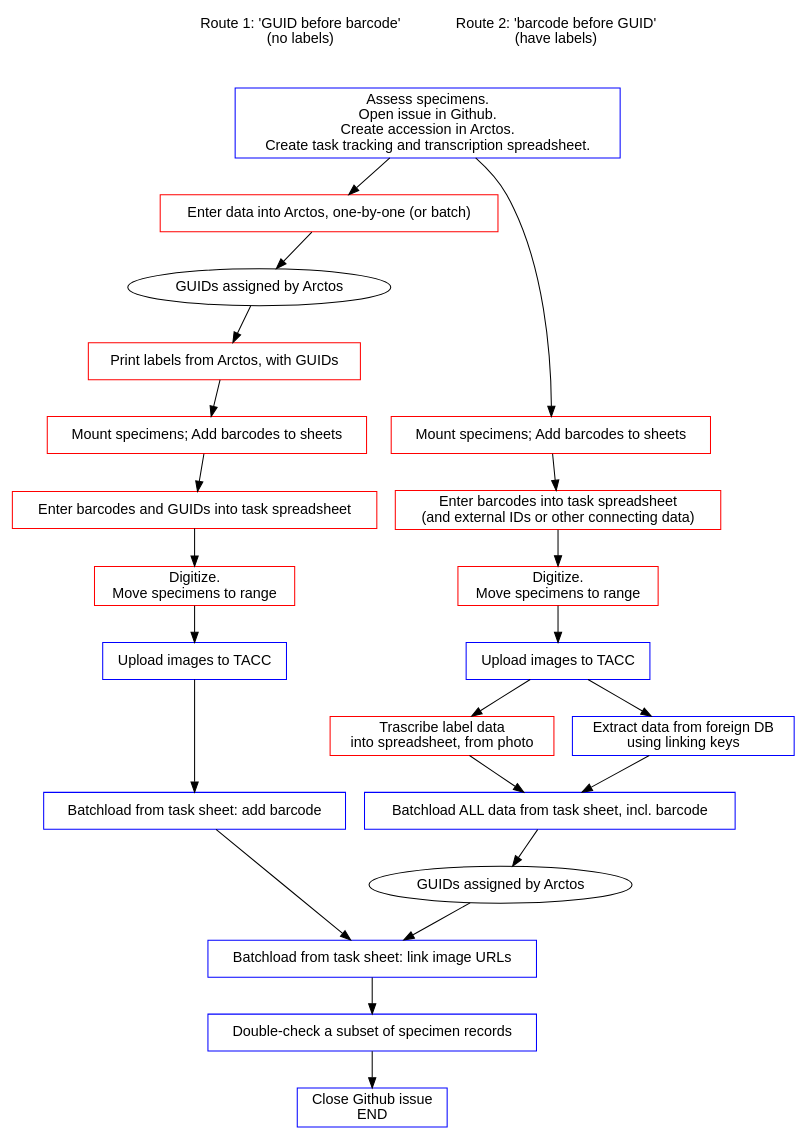
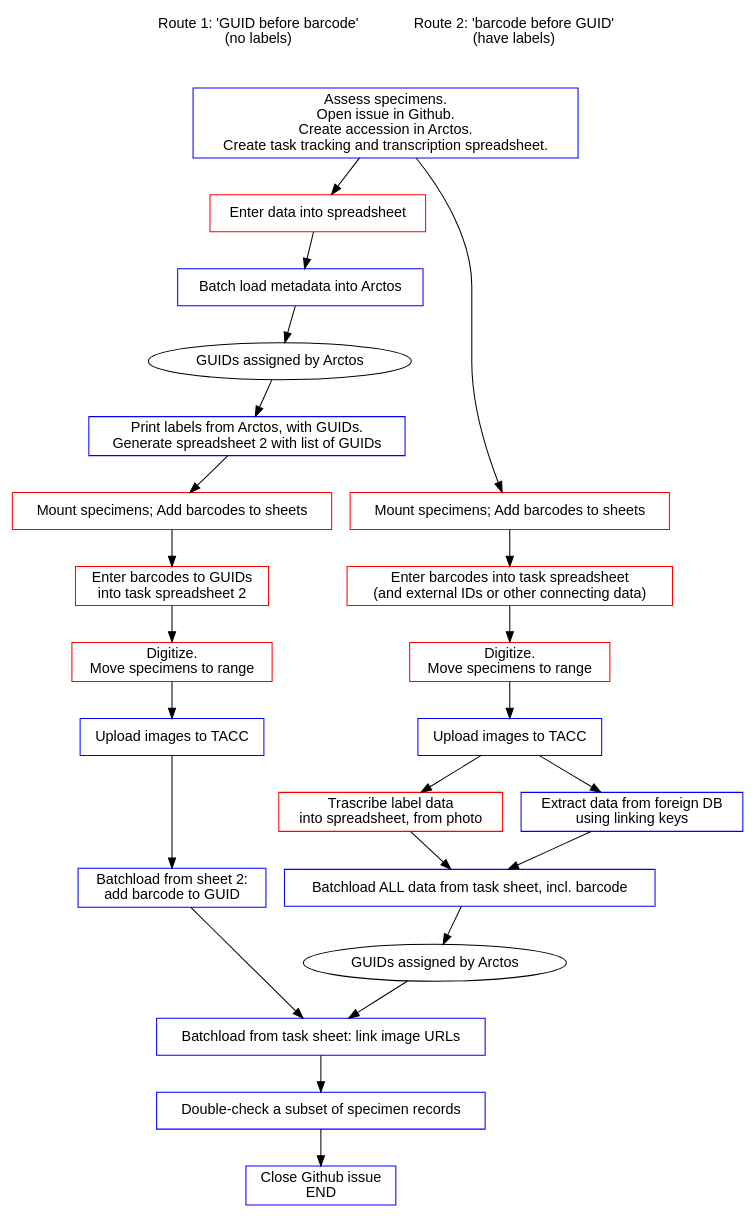
Before and after one commit to ALA-herbarium/documentation: the diagram in img/flow.dot, drawn with Graphviz. The commit also changed 1 other file, not shown here.

Commit message:
changes to flow sheet

```diff
--- a/img/flow.dot
+++ b/img/flow.dot
@@ -1,171 +1,174 @@
 digraph flow {
     node [fontname="Helvetica",shape=box];
     edge [fontname="Courier", len=1.5];
     overlap=false;
     //rankdir=BT;
     newrank=true;
     ranksep=0.5
     //
     // NODES
     //
     subgraph labels {
         rank=same
         r1 [label="Route 1: 'GUID before barcode'\n(no labels)",
             shape=plaintext]
         r2 [label="Route 2: 'barcode before GUID'\n(have labels)",
             shape=plaintext]
     }
-    entry [label="Enter data into Arctos, one-by-one (or batch)",
+    entry [label="Enter data into spreadsheet",
            color=red]
+    entry2 [label="Batch load metadata into Arctos",
+           color=blue]
     guid1 [label="GUIDs assigned by Arctos",shape=oval]
-    print [label="Print labels from Arctos, with GUIDs",
-           color=red]
+    print [label="Print labels from Arctos, with GUIDs.\nGenerate spreadsheet 2 with list of GUIDs",
+           color=blue]
     guid2 [label="GUIDs assigned by Arctos",shape=oval]
     accn [label="Assess specimens.\nOpen issue in Github.\nCreate accession in Arctos.\nCreate task tracking and transcription spreadsheet.",color=blue]
     //
     subgraph upload {
         rank=same
         upload1 [label="Upload images to TACC",color=blue]
         upload2 [label="Upload images to TACC",color=blue]
     }
     //
     subgraph tl {
         rank=same
         trans [label="Trascribe label data\ninto spreadsheet, from photo",
                color=red] 
         link  [label="Extract data from foreign DB\nusing linking keys",
                color=blue]
         }
     //
     subgraph bc {
         rank=same
         bc1 [label="Mount specimens; Add barcodes to sheets",
              color=red]
         bc2 [label="Mount specimens; Add barcodes to sheets",
              color=red]
     }
     subgraph table {
         rank=same
-        table1 [label="Enter barcodes and GUIDs into task spreadsheet",
+        table1 [label="Enter barcodes to GUIDs\ninto task spreadsheet 2",
                 color=red]
         table2 [label="Enter barcodes into task spreadsheet\n(and external IDs or other connecting data)",
                 color=red]
     }
     subgraph photo {
         rank=same
         photo1 [label="Digitize.\nMove specimens to range",color=red]
         photo2 [label="Digitize.\nMove specimens to range",color=red]
     }
     subgraph batch {
         rank=same
-        batch1 [label="Batchload from task sheet: add barcode",color=blue]
+        batch1 [label="Batchload from sheet 2:\nadd barcode to GUID",color=blue]
         batch2 [label="Batchload ALL data from task sheet, incl. barcode",
                 color=blue]
     }
     linkp [label="Batchload from task sheet: link image URLs",
            color=blue]
     dc [label="Double-check a subset of specimen records",color=blue]
     issue2 [label="Close Github issue\nEND",color=blue]  
     //
     // EDGES 1
     r1 -> accn [style=invis]
     accn -> entry
-    entry -> guid1
+    entry -> entry2
+    entry2 -> guid1
     guid1 -> print
     print -> bc1
     bc1 -> table1
     table1 -> photo1
     photo1 -> upload1
     upload1 -> batch1
     batch1 -> linkp
     //
     // EDGES 2
     r2 -> accn [style=invis]
     accn -> bc2
     bc2 -> table2
     table2 -> photo2
     photo2 -> upload2
     upload2 -> trans
     trans -> batch2
     upload2 -> link
     link -> batch2
     batch2 -> guid2
     guid2 -> linkp
     //
     // EDGES joint
     linkp -> dc -> issue2
 }
 //     //
 //     icms -> csv1 ;
 //     icms -> csv3 [dir=back];
 //     //
 //     subgraph icms1 {
 //         csv1 [label="ICMS export\nCSV [in 1]",color=green]
 //         csv3 [label="Arctos final CSVs\n('existing' and 'new')\n[in 4]",
 //         color=green]
 //     };
 //     //
 //     csv1 -> nacompare;
 //     csv1 -> spectracker ;
 //     nacompare -> notes1
 //     nacompare -> notes2 ;
 //     notes1 -> spectracker
 //     notes2 -> spectracker
 //     spectracker -> csv2 [dir=back]
 //     csv3 -> itis [dir=back];
 //     npscheck -> arctos [dir=back]
 //     npscheck -> edits2
 //     //
 //     subgraph ala1 {
 //         rank=same;
 //         nacompare [shape=diamond];
 //         itis [label="ITIS converter",shape=diamond];
 //     }
 //     //
 //     subgraph ala2 {
 //         rank=same;
 //         spectracker [label="Specimen tracker\nsheet\n[in Processing]",
 //                      color=red];
 //         npscheck [label="Sheet for\nNPS to check [in 2]",color=green];
 //         //invis1 [style=invis,label=""]
 //     }
 //     //
 //     subgraph ala3 {
 //         rank=same;
 //         notes1 [label="List of pre-existing\ndifferences",style=dashed];
 //         notes2 [label="Specimens missing\nin Arctos",style=dashed];
 //     }
 //     //
 //     subgraph ala4 {
 //         rank=same;
 //         edits1 [label="Edits,\none-by-one",shape=diamond];
 //         edits2 [label="Edits,\nbatch",shape=diamond];
 //     };
 //     //
     
 //     nacompare -> csv2 [dir=back];
 //     spectracker -> npscheck;
 //     npscheck -> spectracker
 //     spectracker -> edits1 [dir=both];
 //     spectracker -> edits2 [dir=both];
 //     itis -> csv4 [dir=back];
 //     //
 //     subgraph arctos1 {
 //         rank=same
 //         csv2 [label="Arctos initial CSV",color=lightblue]
 //         csv4 [label="Arctos\nfinal CSV",color=lightblue]
 //         csv5 [label="Arctos\nbatch CSV [in 3]",color=lightblue]
 //     };
 //     edits1 -> arctos ;
 //     edits2 -> csv5
 //     csv2 -> arctos  [dir=back];
 //     csv4 -> arctos  [dir=back];
 //     csv5 -> arctos
 //     //
 //     arctos [label="Arctos", shape=parallelogram, color=lightblue,
 //                 style=filled];
     
 // /*
 
 // */
 // }
```
